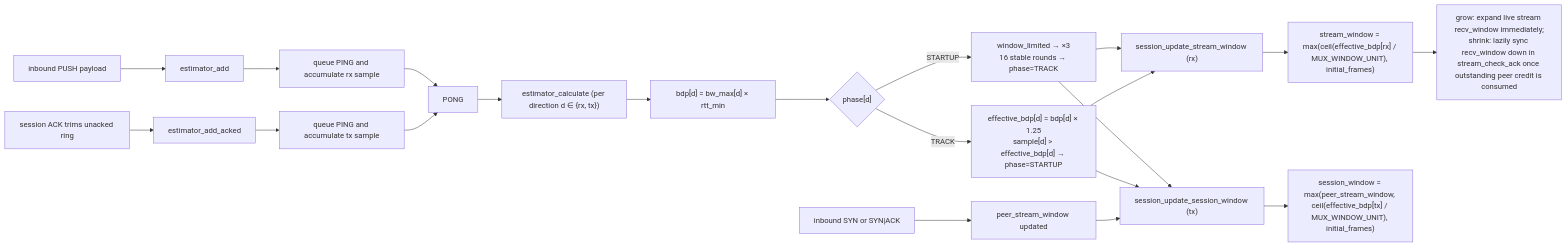
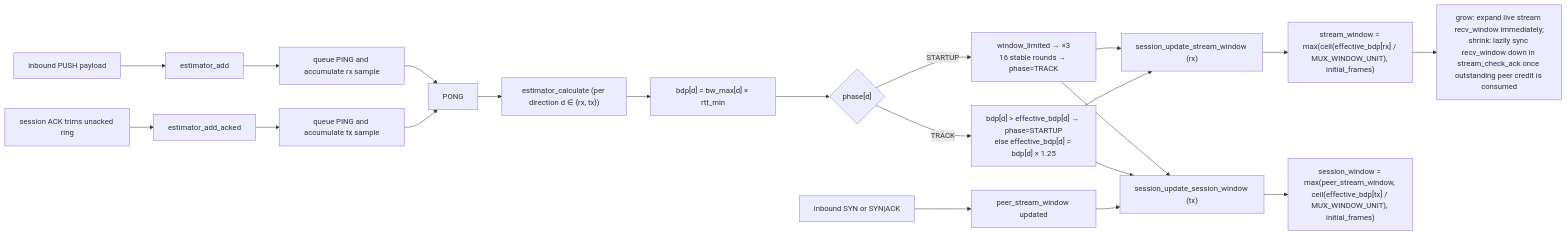
Diagram 14 of 19 in doc/impl.md (hexian000/multiplexd), drawn with Mermaid before and after one commit. The commit also changed other lines of this file and 112 other files, not shown here.

````diff
--- a/doc/impl.md
+++ b/doc/impl.md
@@ -613,22 +756,22 @@
 ```mermaid
 flowchart LR
     A[inbound PUSH payload] --> B[estimator_add]
     B --> C["queue PING and accumulate rx sample"]
     A2["session ACK trims unacked ring"] --> B2[estimator_add_acked]
     B2 --> C2["queue PING and accumulate tx sample"]
     C --> D[PONG]
     C2 --> D
     D --> E["estimator_calculate (per direction d ∈ {rx, tx})"]
     E --> F["bdp[d] = bw_max[d] × rtt_min"]
     F --> G{"phase[d]"}
     G -- STARTUP --> H1["window_limited → ×3<br/>16 stable rounds → phase=TRACK"]
-    G -- TRACK --> H2["effective_bdp[d] = bdp[d] × 1.25<br/>sample[d] > effective_bdp[d] → phase=STARTUP"]
+    G -- TRACK --> H2["bdp[d] > effective_bdp[d] → phase=STARTUP<br/>else effective_bdp[d] = bdp[d] × 1.25"]
     H1 & H2 --> I["session_update_stream_window (rx)"]
     H1 & H2 --> I2["session_update_session_window (tx)"]
     I --> J["stream_window = max(ceil(effective_bdp[rx] / MUX_WINDOW_UNIT), initial_frames)"]
     J --> K["grow: expand live stream recv_window immediately;<br/>shrink: lazily sync recv_window down in stream_check_ack once outstanding peer credit is consumed"]
     I2 --> O["session_window = max(peer_stream_window, ceil(effective_bdp[tx] / MUX_WINDOW_UNIT), initial_frames)"]
 
     L["inbound SYN or SYN|ACK"] --> M[peer_stream_window updated]
     M --> I2
 ```
````
